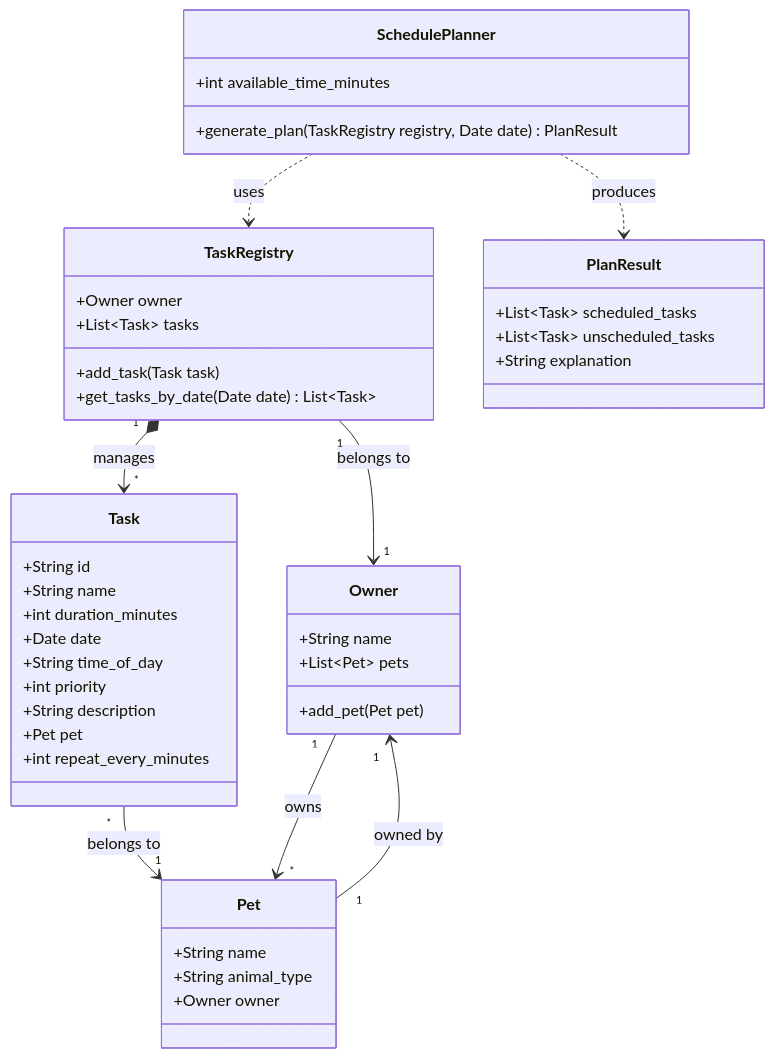
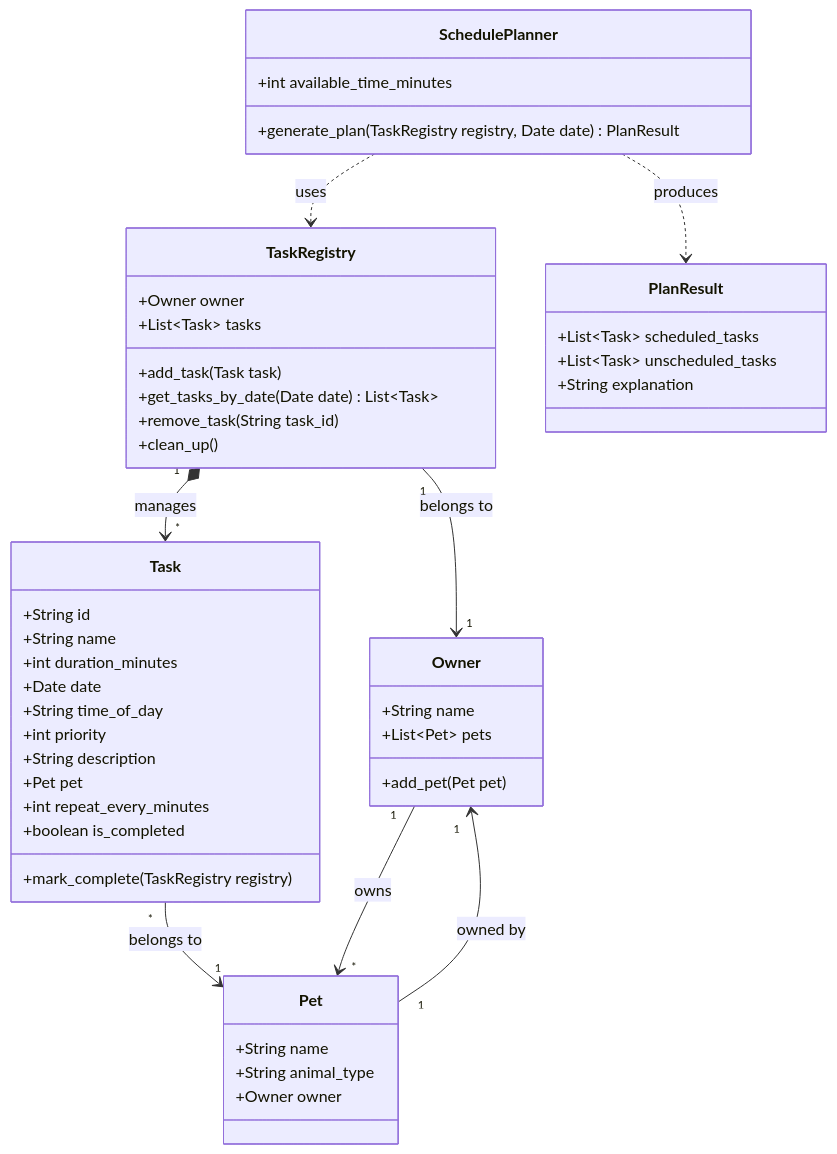
Before and after one commit to Einksul/ai110-module2show-pawpal-starter: the diagram in UML.md, drawn with Mermaid. The commit also changed 2 other files, not shown here.

Commit message:
repeating tasks

````diff
--- a/UML.md
+++ b/UML.md
@@ -3,53 +3,57 @@
 ```mermaid
 classDiagram
     class Owner {
         +String name
         +List~Pet~ pets
         +add_pet(Pet pet)
     }
 
     class Pet {
         +String name
         +String animal_type
         +Owner owner
     }
 
     class TaskRegistry {
         +Owner owner
         +List~Task~ tasks
         +add_task(Task task)
         +get_tasks_by_date(Date date) List~Task~
+        +remove_task(String task_id)
+        +clean_up()
     }
 
     class Task {
         +String id
         +String name
         +int duration_minutes
         +Date date
         +String time_of_day
         +int priority
         +String description
         +Pet pet
         +int repeat_every_minutes
+        +boolean is_completed
+        +mark_complete(TaskRegistry registry)
     }
 
     %% Suggested Additions for Scheduling Logic
     class SchedulePlanner {
         +int available_time_minutes
         +generate_plan(TaskRegistry registry, Date date) PlanResult
     }
 
     class PlanResult {
         +List~Task~ scheduled_tasks
         +List~Task~ unscheduled_tasks
         +String explanation
     }
 
     Owner "1" --> "*" Pet : owns
     Pet "1" --> "1" Owner : owned by
     TaskRegistry "1" *--> "*" Task : manages
     TaskRegistry "1" --> "1" Owner : belongs to
     Task "*" --> "1" Pet : belongs to
     SchedulePlanner ..> TaskRegistry : uses
     SchedulePlanner ..> PlanResult : produces
 ```
````
